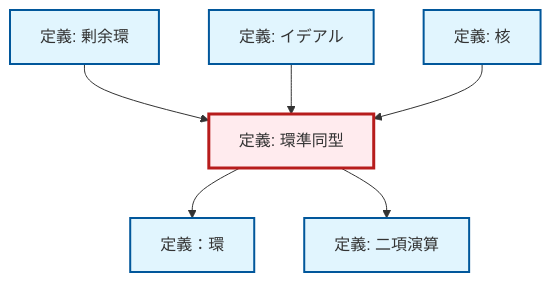
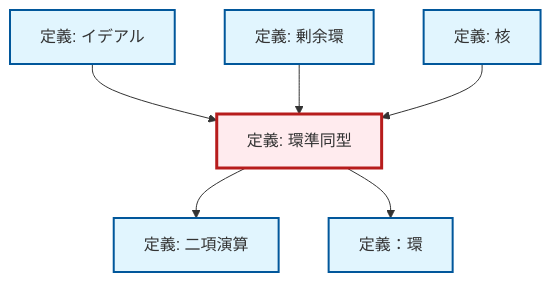
The diagram in content/ja/algebra/def-ring-homomorphism.qmd (RK0429/ModernMath), drawn with Mermaid before and after one commit. The commit also changed 672 other files, not shown here.

````diff
--- a/content/ja/algebra/def-ring-homomorphism.qmd
+++ b/content/ja/algebra/def-ring-homomorphism.qmd
@@ -87,26 +87,26 @@
 ```{mermaid}
-%%| fig-cap: "Local dependency graph"
+%%| fig-cap: "ローカル依存関係グラフ"
 graph TD
     classDef definition fill:#e1f5fe,stroke:#01579b,stroke-width:2px
     classDef theorem fill:#f3e5f5,stroke:#4a148c,stroke-width:2px
     classDef axiom fill:#fff3e0,stroke:#e65100,stroke-width:2px
     classDef example fill:#e8f5e9,stroke:#1b5e20,stroke-width:2px
     classDef current fill:#ffebee,stroke:#b71c1c,stroke-width:3px
+    def-binary-operation["定義: 二項演算"]:::definition
+    def-ring-homomorphism["定義: 環準同型"]:::definition
+    def-ideal["定義: イデアル"]:::definition
+    def-ring["定義：環"]:::definition
+    def-quotient-ring["定義: 剰余環"]:::definition
     def-kernel["定義: 核"]:::definition
-    def-ring-homomorphism["定義: 環準同型"]:::definition
-    def-ring["定義：環"]:::definition
-    def-binary-operation["定義: 二項演算"]:::definition
-    def-quotient-ring["定義: 剰余環"]:::definition
-    def-ideal["定義: イデアル"]:::definition
-    def-quotient-ring --> def-ring-homomorphism
+    def-ring-homomorphism --> def-binary-operation
     def-ideal --> def-ring-homomorphism
     def-ring-homomorphism --> def-ring
+    def-quotient-ring --> def-ring-homomorphism
     def-kernel --> def-ring-homomorphism
-    def-ring-homomorphism --> def-binary-operation
     class def-ring-homomorphism current
+    click def-binary-operation "def-binary-operation.html" "二項演算の定義へ"
+    click def-ideal "def-ideal.html" "イデアルの定義へ"
+    click def-ring "def-ring.html" "定義：環へ"
+    click def-quotient-ring "def-quotient-ring.html" "剰余環の定義へ"
     click def-kernel "def-kernel.html" "核の定義へ"
-    click def-ring "def-ring.html" "定義：環へ"
-    click def-binary-operation "def-binary-operation.html" "二項演算の定義へ"
-    click def-quotient-ring "def-quotient-ring.html" "剰余環の定義へ"
-    click def-ideal "def-ideal.html" "イデアルの定義へ"
 ```
````
